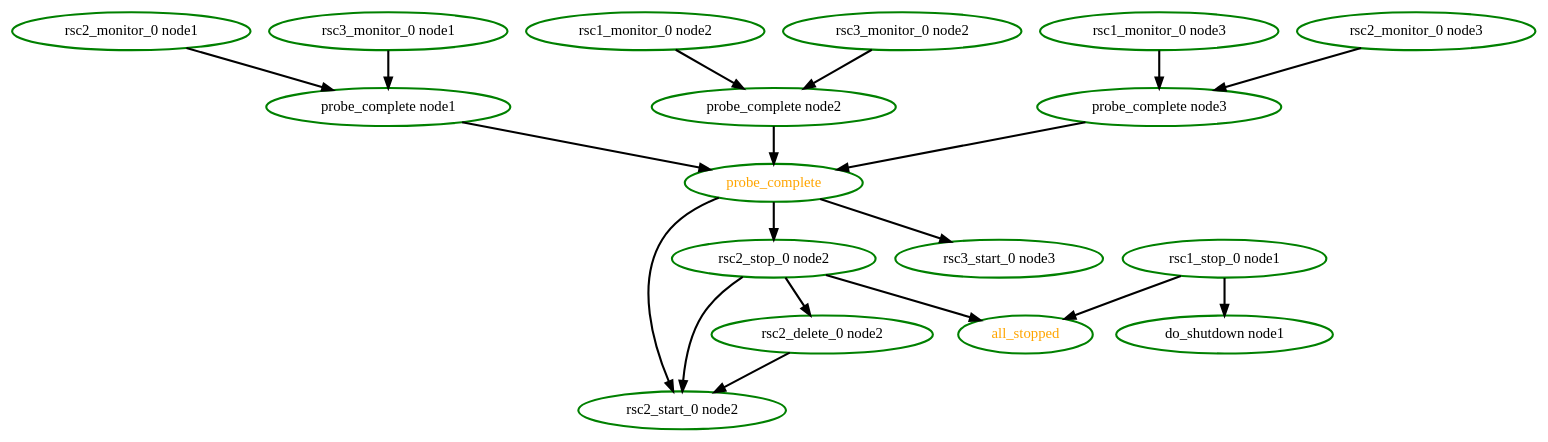
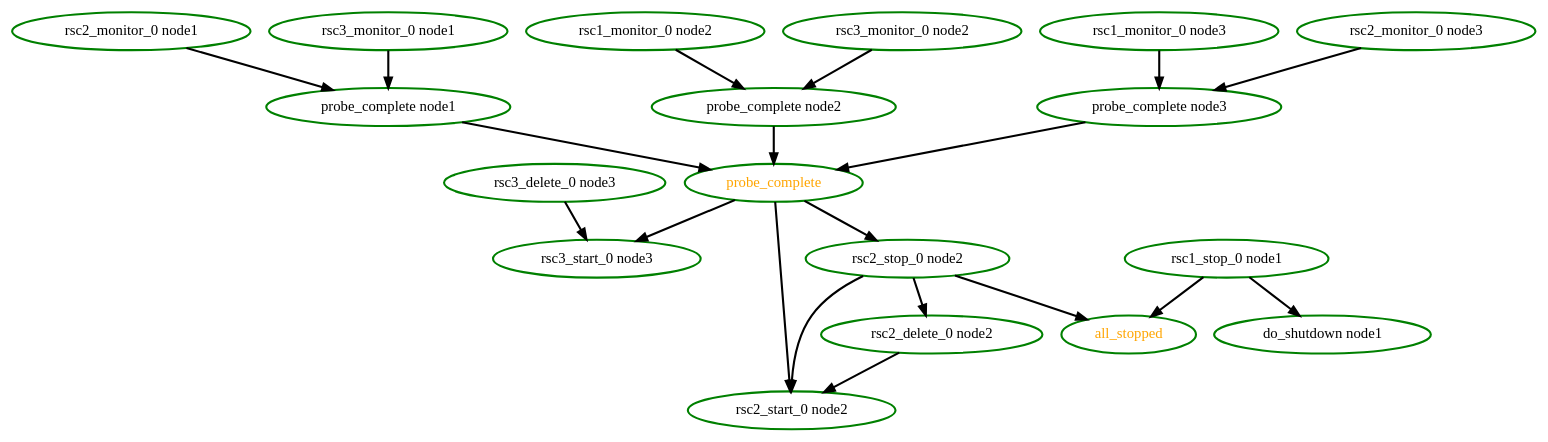
Before and after one commit to ClusterLabs/pacemaker: the diagram in pengine/test10/params-2.dot, drawn with Graphviz. The commit also changed 11 other files, not shown here.

Commit message:
Test: PE: Delete the old resource state on every node whenever the resource type is changed (update regression tests)

```diff
--- a/pengine/test10/params-2.dot
+++ b/pengine/test10/params-2.dot
@@ -1,37 +1,39 @@
  digraph "g" {
 "all_stopped" [ style=bold color="green" fontcolor="orange" ]
 "do_shutdown node1" [ style=bold color="green" fontcolor="black" ]
 "probe_complete node1" -> "probe_complete" [ style = bold]
 "probe_complete node1" [ style=bold color="green" fontcolor="black" ]
 "probe_complete node2" -> "probe_complete" [ style = bold]
 "probe_complete node2" [ style=bold color="green" fontcolor="black" ]
 "probe_complete node3" -> "probe_complete" [ style = bold]
 "probe_complete node3" [ style=bold color="green" fontcolor="black" ]
 "probe_complete" -> "rsc2_start_0 node2" [ style = bold]
 "probe_complete" -> "rsc2_stop_0 node2" [ style = bold]
 "probe_complete" -> "rsc3_start_0 node3" [ style = bold]
 "probe_complete" [ style=bold color="green" fontcolor="orange" ]
 "rsc1_monitor_0 node2" -> "probe_complete node2" [ style = bold]
 "rsc1_monitor_0 node2" [ style=bold color="green" fontcolor="black" ]
 "rsc1_monitor_0 node3" -> "probe_complete node3" [ style = bold]
 "rsc1_monitor_0 node3" [ style=bold color="green" fontcolor="black" ]
 "rsc1_stop_0 node1" -> "all_stopped" [ style = bold]
 "rsc1_stop_0 node1" -> "do_shutdown node1" [ style = bold]
 "rsc1_stop_0 node1" [ style=bold color="green" fontcolor="black" ]
 "rsc2_delete_0 node2" -> "rsc2_start_0 node2" [ style = bold]
 "rsc2_delete_0 node2" [ style=bold color="green" fontcolor="black" ]
 "rsc2_monitor_0 node1" -> "probe_complete node1" [ style = bold]
 "rsc2_monitor_0 node1" [ style=bold color="green" fontcolor="black" ]
 "rsc2_monitor_0 node3" -> "probe_complete node3" [ style = bold]
 "rsc2_monitor_0 node3" [ style=bold color="green" fontcolor="black" ]
 "rsc2_start_0 node2" [ style=bold color="green" fontcolor="black" ]
 "rsc2_stop_0 node2" -> "all_stopped" [ style = bold]
 "rsc2_stop_0 node2" -> "rsc2_delete_0 node2" [ style = bold]
 "rsc2_stop_0 node2" -> "rsc2_start_0 node2" [ style = bold]
 "rsc2_stop_0 node2" [ style=bold color="green" fontcolor="black" ]
+"rsc3_delete_0 node3" -> "rsc3_start_0 node3" [ style = bold]
+"rsc3_delete_0 node3" [ style=bold color="green" fontcolor="black"]
 "rsc3_monitor_0 node1" -> "probe_complete node1" [ style = bold]
 "rsc3_monitor_0 node1" [ style=bold color="green" fontcolor="black" ]
 "rsc3_monitor_0 node2" -> "probe_complete node2" [ style = bold]
 "rsc3_monitor_0 node2" [ style=bold color="green" fontcolor="black" ]
 "rsc3_start_0 node3" [ style=bold color="green" fontcolor="black" ]
 }
```
